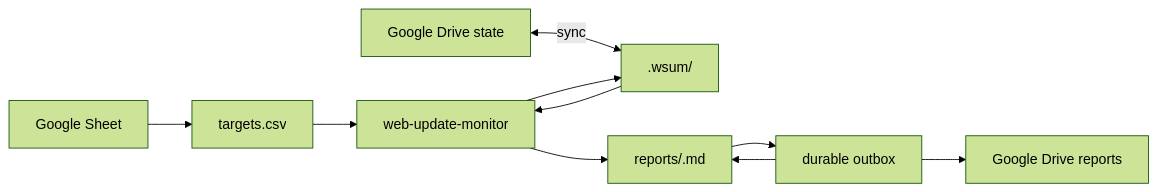
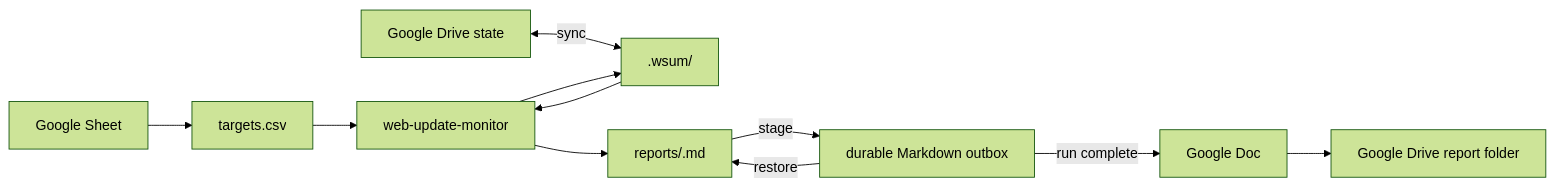
One commit to dceoy/wsum changed the diagram in README.md. Above: the diagram before and after it, drawn with Mermaid (forest theme). The commit also changed other lines of this file, not shown here.

Commit message:
Document Google Docs report delivery

````diff
--- a/README.md
+++ b/README.md
@@ -20,12 +20,13 @@
 ```mermaid
 flowchart LR
     GS["Google Sheet"] --> CSV["targets.csv"]
     DS["Google Drive state"] <-->|sync| STATE[".wsum/"]
     CSV --> CORE["web-update-monitor"]
     STATE --> CORE
     CORE --> STATE
     CORE --> REPORT["reports/<run-id>.md"]
-    OUT["durable outbox"] --> REPORT
-    REPORT --> OUT
-    OUT --> DR["Google Drive reports"]
+    OUT["durable Markdown outbox"] -->|restore| REPORT
+    REPORT -->|stage| OUT
+    OUT -->|run complete| GDOC["Google Doc"]
+    GDOC --> DR["Google Drive report folder"]
 ```
````
